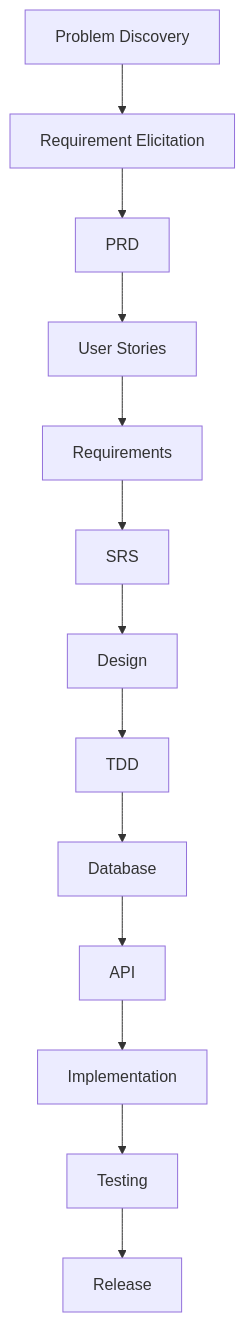
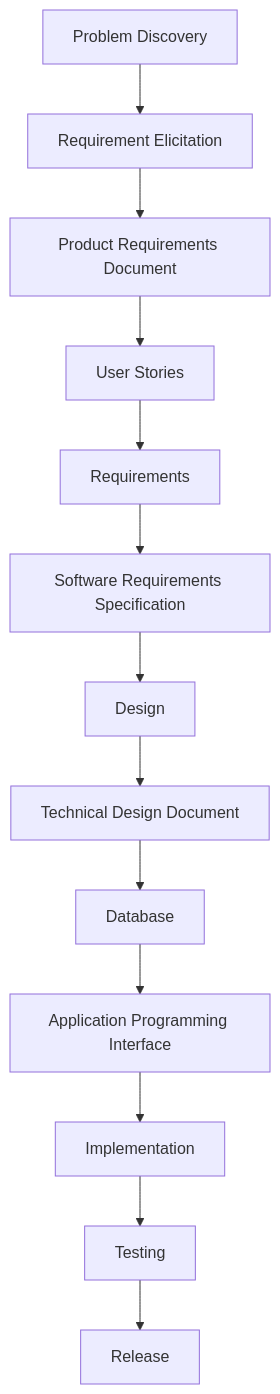
One commit to sayef-reyadh/smart-todo changed the diagram in docs/README.md. Above: the diagram before and after it, drawn with Mermaid. The commit also changed other lines of this file and 3 other files, not shown here.

````diff
--- a/docs/README.md
+++ b/docs/README.md
@@ -11,15 +11,15 @@
 ```mermaid
 flowchart TD
   A[Problem Discovery] --> B[Requirement Elicitation]
-  B --> C[PRD]
+  B --> C[Product Requirements Document]
   C --> D[User Stories]
   D --> E[Requirements]
-  E --> F[SRS]
+  E --> F[Software Requirements Specification]
   F --> G[Design]
-  G --> H[TDD]
+  G --> H[Technical Design Document]
   H --> I[Database]
-  I --> J[API]
+  I --> J[Application Programming Interface]
   J --> K[Implementation]
   K --> L[Testing]
   L --> M[Release]
 ```
````
